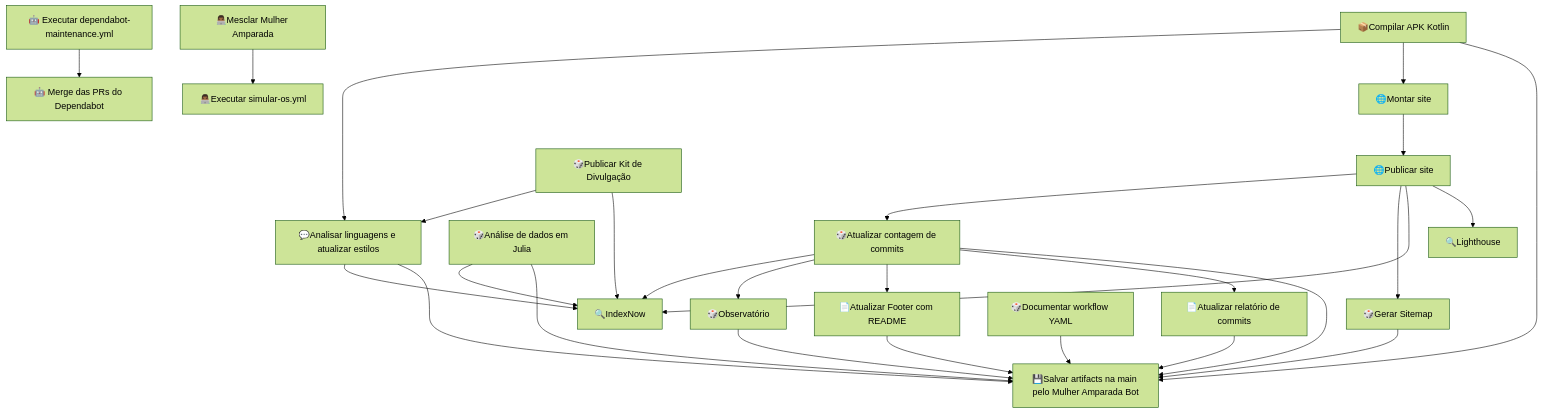
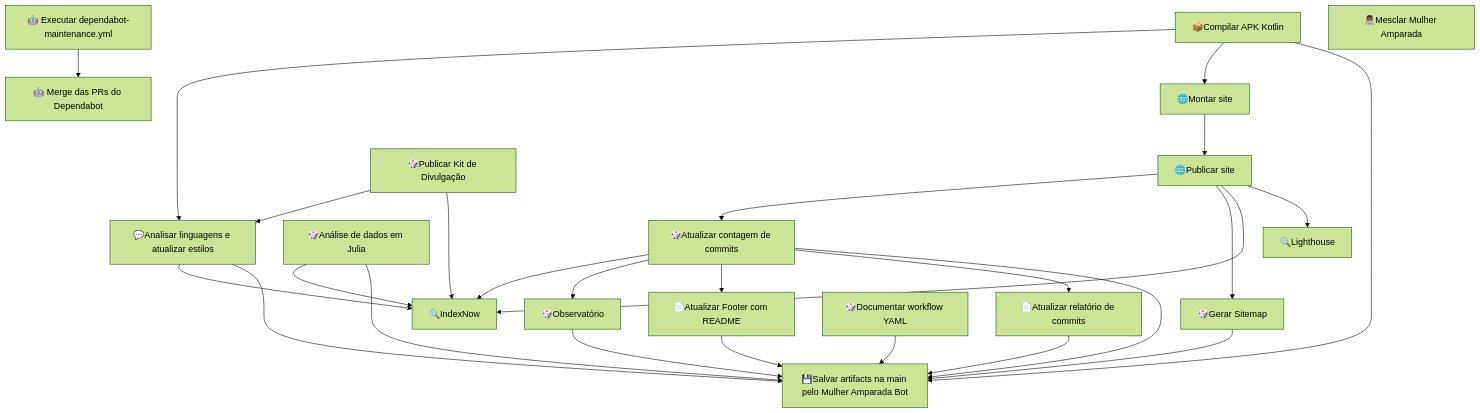
One commit to mulher-amparada/mulher-amparada-app changed the diagram in pesquisas/workflow.md. Above: the diagram before and after it, drawn with Mermaid (forest theme). The commit also changed other lines of this file and 7 other files, not shown here.

````diff
--- a/pesquisas/workflow.md
+++ b/pesquisas/workflow.md
@@ -36,48 +35,46 @@
 ```mermaid
 flowchart TD
     job_build["📦Compilar APK Kotlin"]
     job_executar_dependabot_maintenance["🤖 Executar dependabot-maintenance.yml"]
     job_dependabot_merge["🤖 Merge das PRs do Dependabot"]
     job_linguagens["💬Analisar linguagens e atualizar estilos"]
     job_bot["🎲Análise de dados em Julia"]
     job_build_site["🌐Montar site"]
     job_deploy["🌐Publicar site"]
     job_atualizar_commits["🎲Atualizar contagem de commits"]
     job_sitemap["🎲Gerar Sitemap"]
     job_indexnow["🔍IndexNow"]
     job_lighthouse["🔍Lighthouse"]
     job_publicar_divulgacao["🎲Publicar Kit de Divulgação"]
     job_observatorio["🎲Observatório"]
     job_atualizar_footer["📄Atualizar Footer com README"]
     job_atualizar_relatorio_commits["📄Atualizar relatório de commits"]
     job_pesquisar_projeto["🎲Documentar workflow YAML"]
     job_salvar_na_main["💾Salvar artifacts na main pelo Mulher Amparada Bot"]
     job_mesclar_mulher_amparada["👨🏾‍💻Mesclar Mulher Amparada"]
-    job_simular_os["👨🏾‍💻Executar simular-os.yml"]
     job_executar_dependabot_maintenance --> job_dependabot_merge
     job_build --> job_linguagens
     job_publicar_divulgacao --> job_linguagens
     job_build --> job_build_site
     job_build_site --> job_deploy
     job_deploy --> job_atualizar_commits
     job_deploy --> job_sitemap
     job_deploy --> job_indexnow
     job_bot --> job_indexnow
     job_linguagens --> job_indexnow
     job_publicar_divulgacao --> job_indexnow
     job_atualizar_commits --> job_indexnow
     job_deploy --> job_lighthouse
     job_atualizar_commits --> job_observatorio
     job_atualizar_commits --> job_atualizar_footer
     job_atualizar_commits --> job_atualizar_relatorio_commits
     job_build --> job_salvar_na_main
     job_linguagens --> job_salvar_na_main
     job_bot --> job_salvar_na_main
     job_atualizar_commits --> job_salvar_na_main
     job_sitemap --> job_salvar_na_main
     job_atualizar_footer --> job_salvar_na_main
     job_atualizar_relatorio_commits --> job_salvar_na_main
     job_pesquisar_projeto --> job_salvar_na_main
     job_observatorio --> job_salvar_na_main
-    job_mesclar_mulher_amparada --> job_simular_os
 ```
````
